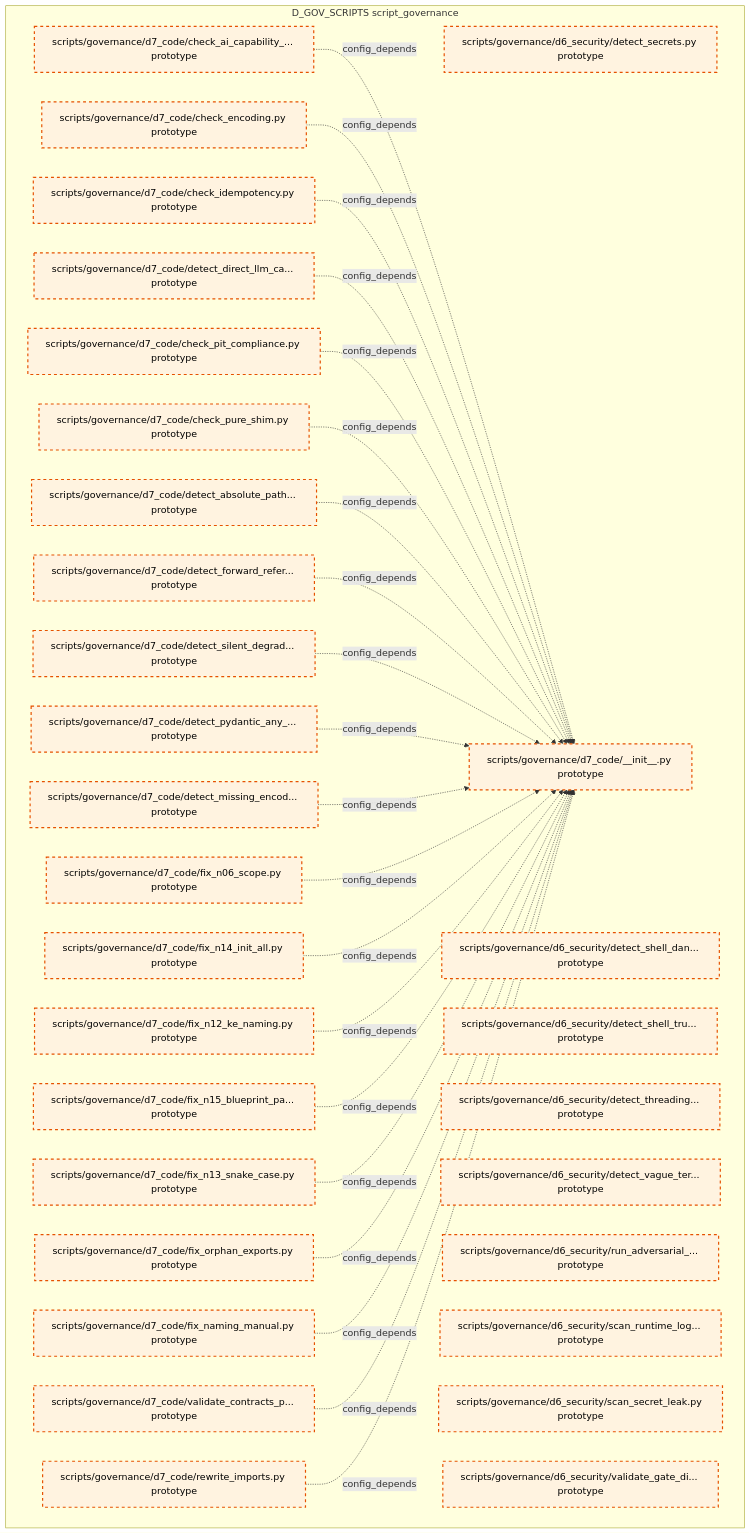
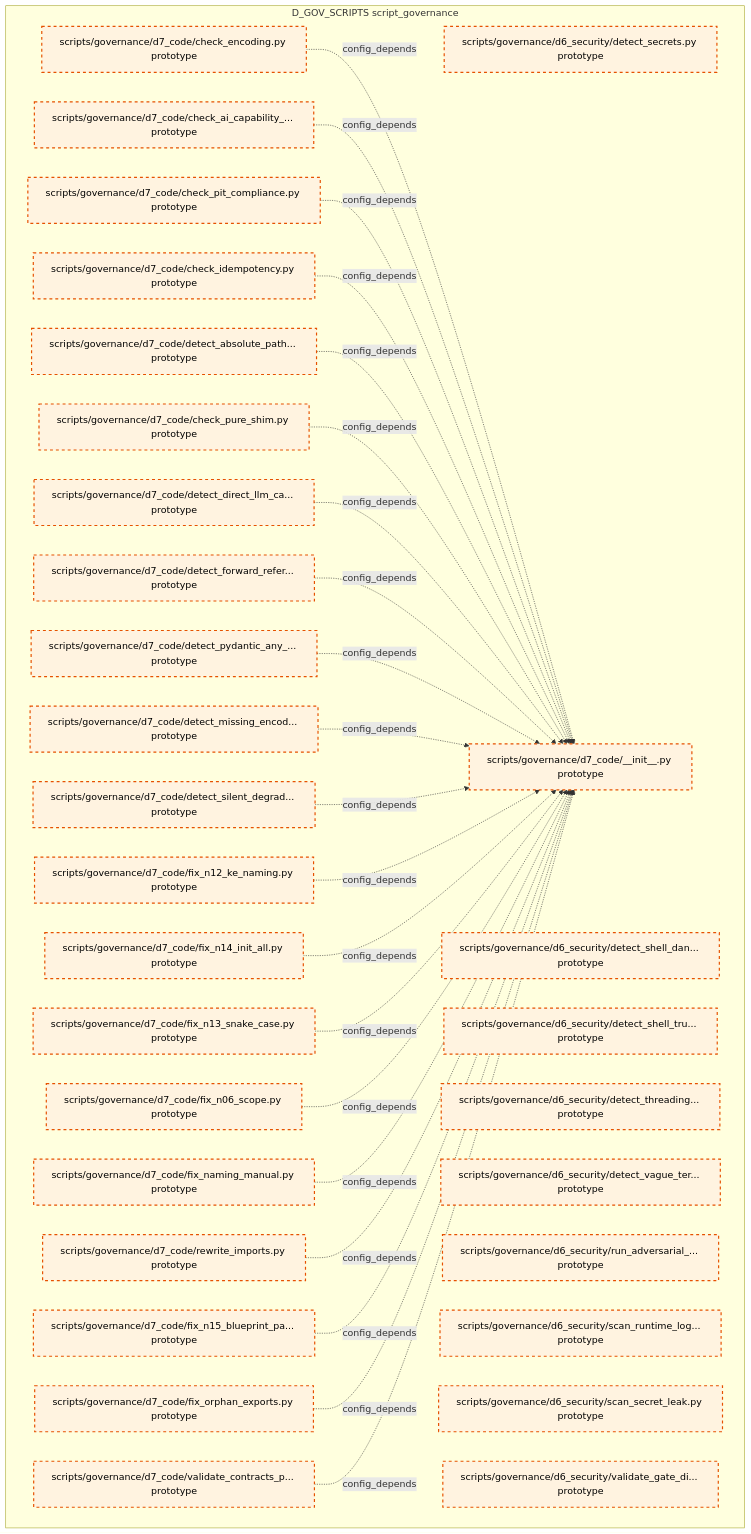
The tenth of 15 diagrams in docs/02_enterprise_architecture/02_domain_architecture_docs/36_d_gov_scripts.md (xuanFelixVan/ZephyrAlpha), drawn with Mermaid before and after one commit. The commit also changed other lines of this file and 99 other files, not shown here.

````diff
--- a/docs/02_enterprise_architecture/02_domain_architecture_docs/36_d_gov_scripts.md
+++ b/docs/02_enterprise_architecture/02_domain_architecture_docs/36_d_gov_scripts.md
@@ -687,60 +686,60 @@
 ```mermaid
 graph TD
     subgraph D_GOV_SCRIPTS["D_GOV_SCRIPTS script_governance"]
         scripts_governance_d6_security_detect_secrets_py["scripts/governance/d6_security/detect_secrets.py prototype"]
         scripts_governance_d6_security_detect_shell_dangerous_py["scripts/governance/d6_security/detect_shell_dan... prototype"]
         scripts_governance_d6_security_detect_shell_true_py["scripts/governance/d6_security/detect_shell_tru... prototype"]
         scripts_governance_d6_security_detect_threading_lock_py["scripts/governance/d6_security/detect_threading... prototype"]
         scripts_governance_d6_security_detect_vague_terms_py["scripts/governance/d6_security/detect_vague_ter... prototype"]
         scripts_governance_d6_security_run_adversarial_checks_py["scripts/governance/d6_security/run_adversarial_... prototype"]
         scripts_governance_d6_security_scan_runtime_log_secrets_py["scripts/governance/d6_security/scan_runtime_log... prototype"]
         scripts_governance_d6_security_scan_secret_leak_py["scripts/governance/d6_security/scan_secret_leak.py prototype"]
         scripts_governance_d6_security_validate_gate_discipline_py["scripts/governance/d6_security/validate_gate_di... prototype"]
         scripts_governance_d7_code_init_py["scripts/governance/d7_code/__init__.py prototype"]
         scripts_governance_d7_code_check_ai_capability_boundary_py["scripts/governance/d7_code/check_ai_capability_... prototype"]
         scripts_governance_d7_code_check_encoding_py["scripts/governance/d7_code/check_encoding.py prototype"]
         scripts_governance_d7_code_check_idempotency_py["scripts/governance/d7_code/check_idempotency.py prototype"]
         scripts_governance_d7_code_check_pit_compliance_py["scripts/governance/d7_code/check_pit_compliance.py prototype"]
         scripts_governance_d7_code_check_pure_shim_py["scripts/governance/d7_code/check_pure_shim.py prototype"]
         scripts_governance_d7_code_detect_absolute_path_hardcoding_py["scripts/governance/d7_code/detect_absolute_path... prototype"]
         scripts_governance_d7_code_detect_direct_llm_calls_py["scripts/governance/d7_code/detect_direct_llm_ca... prototype"]
         scripts_governance_d7_code_detect_forward_reference_py["scripts/governance/d7_code/detect_forward_refer... prototype"]
         scripts_governance_d7_code_detect_missing_encoding_py["scripts/governance/d7_code/detect_missing_encod... prototype"]
         scripts_governance_d7_code_detect_pydantic_any_fields_py["scripts/governance/d7_code/detect_pydantic_any_... prototype"]
         scripts_governance_d7_code_detect_silent_degradation_py["scripts/governance/d7_code/detect_silent_degrad... prototype"]
         scripts_governance_d7_code_fix_n06_scope_py["scripts/governance/d7_code/fix_n06_scope.py prototype"]
         scripts_governance_d7_code_fix_n12_ke_naming_py["scripts/governance/d7_code/fix_n12_ke_naming.py prototype"]
         scripts_governance_d7_code_fix_n13_snake_case_py["scripts/governance/d7_code/fix_n13_snake_case.py prototype"]
         scripts_governance_d7_code_fix_n14_init_all_py["scripts/governance/d7_code/fix_n14_init_all.py prototype"]
         scripts_governance_d7_code_fix_n15_blueprint_path_py["scripts/governance/d7_code/fix_n15_blueprint_pa... prototype"]
         scripts_governance_d7_code_fix_naming_manual_py["scripts/governance/d7_code/fix_naming_manual.py prototype"]
         scripts_governance_d7_code_fix_orphan_exports_py["scripts/governance/d7_code/fix_orphan_exports.py prototype"]
         scripts_governance_d7_code_rewrite_imports_py["scripts/governance/d7_code/rewrite_imports.py prototype"]
         scripts_governance_d7_code_validate_contracts_purity_py["scripts/governance/d7_code/validate_contracts_p... prototype"]
     end
+    scripts_governance_d7_code_check_encoding_py -.->|config_depends| scripts_governance_d7_code_init_py
     scripts_governance_d7_code_check_ai_capability_boundary_py -.->|config_depends| scripts_governance_d7_code_init_py
-    scripts_governance_d7_code_check_encoding_py -.->|config_depends| scripts_governance_d7_code_init_py
+    scripts_governance_d7_code_check_pit_compliance_py -.->|config_depends| scripts_governance_d7_code_init_py
     scripts_governance_d7_code_check_idempotency_py -.->|config_depends| scripts_governance_d7_code_init_py
+    scripts_governance_d7_code_detect_absolute_path_hardcoding_py -.->|config_depends| scripts_governance_d7_code_init_py
+    scripts_governance_d7_code_check_pure_shim_py -.->|config_depends| scripts_governance_d7_code_init_py
     scripts_governance_d7_code_detect_direct_llm_calls_py -.->|config_depends| scripts_governance_d7_code_init_py
-    scripts_governance_d7_code_check_pit_compliance_py -.->|config_depends| scripts_governance_d7_code_init_py
-    scripts_governance_d7_code_check_pure_shim_py -.->|config_depends| scripts_governance_d7_code_init_py
-    scripts_governance_d7_code_detect_absolute_path_hardcoding_py -.->|config_depends| scripts_governance_d7_code_init_py
     scripts_governance_d7_code_detect_forward_reference_py -.->|config_depends| scripts_governance_d7_code_init_py
-    scripts_governance_d7_code_detect_silent_degradation_py -.->|config_depends| scripts_governance_d7_code_init_py
     scripts_governance_d7_code_detect_pydantic_any_fields_py -.->|config_depends| scripts_governance_d7_code_init_py
     scripts_governance_d7_code_detect_missing_encoding_py -.->|config_depends| scripts_governance_d7_code_init_py
+    scripts_governance_d7_code_detect_silent_degradation_py -.->|config_depends| scripts_governance_d7_code_init_py
+    scripts_governance_d7_code_fix_n12_ke_naming_py -.->|config_depends| scripts_governance_d7_code_init_py
+    scripts_governance_d7_code_fix_n14_init_all_py -.->|config_depends| scripts_governance_d7_code_init_py
+    scripts_governance_d7_code_fix_n13_snake_case_py -.->|config_depends| scripts_governance_d7_code_init_py
     scripts_governance_d7_code_fix_n06_scope_py -.->|config_depends| scripts_governance_d7_code_init_py
-    scripts_governance_d7_code_fix_n14_init_all_py -.->|config_depends| scripts_governance_d7_code_init_py
-    scripts_governance_d7_code_fix_n12_ke_naming_py -.->|config_depends| scripts_governance_d7_code_init_py
+    scripts_governance_d7_code_fix_naming_manual_py -.->|config_depends| scripts_governance_d7_code_init_py
+    scripts_governance_d7_code_rewrite_imports_py -.->|config_depends| scripts_governance_d7_code_init_py
     scripts_governance_d7_code_fix_n15_blueprint_path_py -.->|config_depends| scripts_governance_d7_code_init_py
-    scripts_governance_d7_code_fix_n13_snake_case_py -.->|config_depends| scripts_governance_d7_code_init_py
     scripts_governance_d7_code_fix_orphan_exports_py -.->|config_depends| scripts_governance_d7_code_init_py
-    scripts_governance_d7_code_fix_naming_manual_py -.->|config_depends| scripts_governance_d7_code_init_py
     scripts_governance_d7_code_validate_contracts_purity_py -.->|config_depends| scripts_governance_d7_code_init_py
-    scripts_governance_d7_code_rewrite_imports_py -.->|config_depends| scripts_governance_d7_code_init_py
     classDef production fill:#e1f5fe,stroke:#01579b,stroke-width:2px,color:#000
     classDef design fill:#fff3e0,stroke:#e65100,stroke-width:2px,color:#000,stroke-dasharray: 5 5
     classDef external_prod fill:#e8f5e9,stroke:#1b5e20,stroke-width:1px,color:#000
     classDef external_design fill:#fce4ec,stroke:#880e4f,stroke-width:1px,color:#000,stroke-dasharray: 5 5
     class scripts_governance_d6_security_detect_secrets_py,scripts_governance_d6_security_detect_shell_dangerous_py,scripts_governance_d6_security_detect_shell_true_py,scripts_governance_d6_security_detect_threading_lock_py,scripts_governance_d6_security_detect_vague_terms_py,scripts_governance_d6_security_run_adversarial_checks_py,scripts_governance_d6_security_scan_runtime_log_secrets_py,scripts_governance_d6_security_scan_secret_leak_py,scripts_governance_d6_security_validate_gate_discipline_py,scripts_governance_d7_code_init_py,scripts_governance_d7_code_check_ai_capability_boundary_py,scripts_governance_d7_code_check_encoding_py,scripts_governance_d7_code_check_idempotency_py,scripts_governance_d7_code_check_pit_compliance_py,scripts_governance_d7_code_check_pure_shim_py,scripts_governance_d7_code_detect_absolute_path_hardcoding_py,scripts_governance_d7_code_detect_direct_llm_calls_py,scripts_governance_d7_code_detect_forward_reference_py,scripts_governance_d7_code_detect_missing_encoding_py,scripts_governance_d7_code_detect_pydantic_any_fields_py,scripts_governance_d7_code_detect_silent_degradation_py,scripts_governance_d7_code_fix_n06_scope_py,scripts_governance_d7_code_fix_n12_ke_naming_py,scripts_governance_d7_code_fix_n13_snake_case_py,scripts_governance_d7_code_fix_n14_init_all_py,scripts_governance_d7_code_fix_n15_blueprint_path_py,scripts_governance_d7_code_fix_naming_manual_py,scripts_governance_d7_code_fix_orphan_exports_py,scripts_governance_d7_code_rewrite_imports_py,scripts_governance_d7_code_validate_contracts_purity_py design
 ```
````
